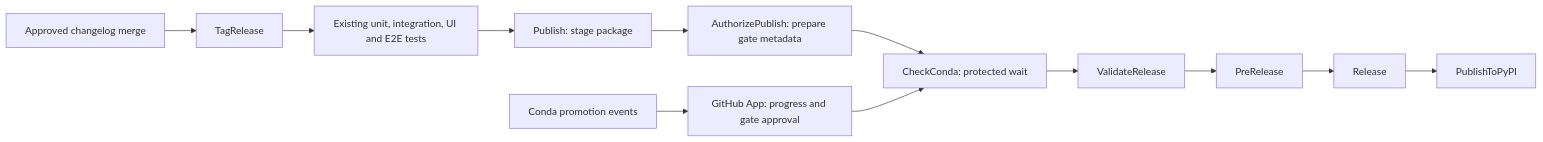
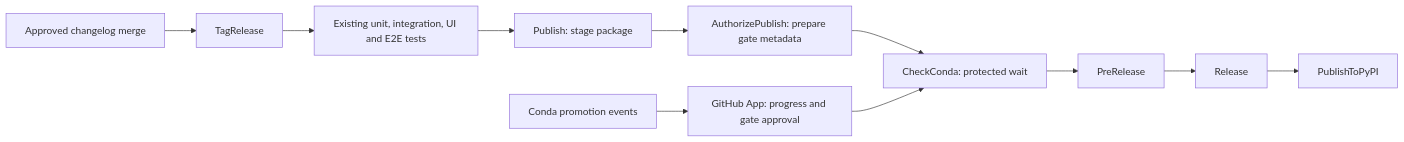
The diagram in docs/release-workflow.md (aws-deadline/deadline-cloud-for-unreal-engine), drawn with Mermaid before and after one commit. The commit also changed other lines of this file and 4 other files, not shown here.

````diff
--- a/docs/release-workflow.md
+++ b/docs/release-workflow.md
@@ -5,14 +5,13 @@
 ```mermaid
 flowchart LR
     C[Approved changelog merge] --> T[TagRelease]
     T --> Q[Existing unit, integration, UI and E2E tests]
     Q --> S[Publish: stage package]
     S --> M[AuthorizePublish: prepare gate metadata]
     M --> W[CheckConda: protected wait]
     P[Conda promotion events] --> A[GitHub App: progress and gate approval]
     A --> W
-    W --> V[ValidateRelease]
-    V --> B[PreRelease]
+    W --> B[PreRelease]
     B --> R[Release]
     R --> Y[PublishToPyPI]
 ```
````
